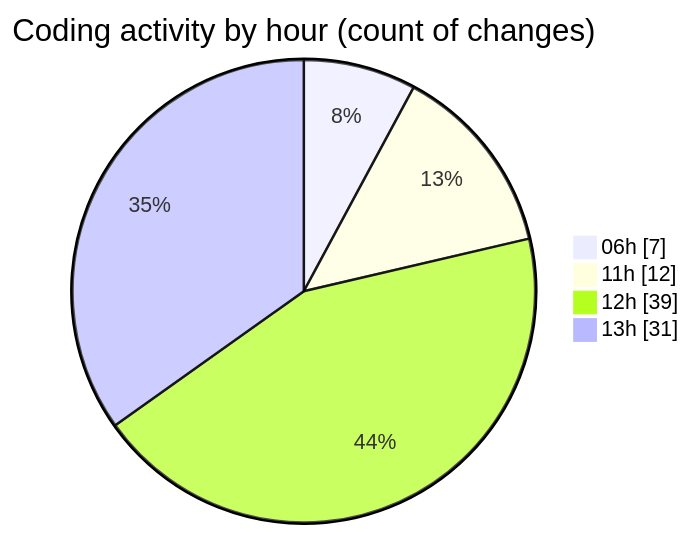
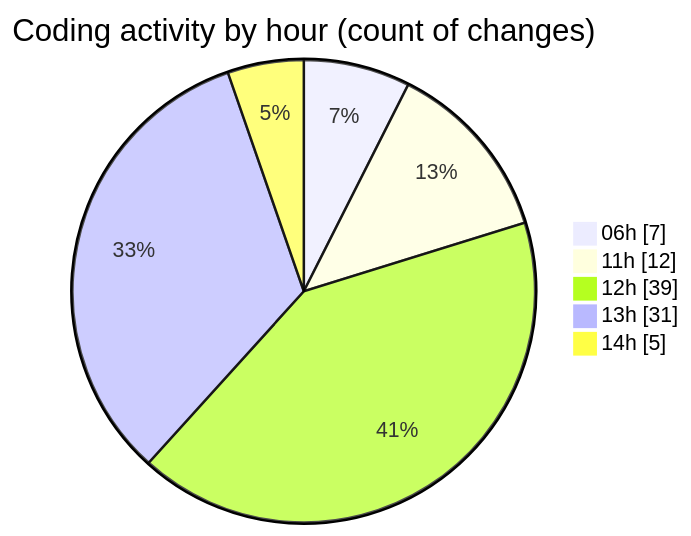
One commit to EIIisD/code-tracking changed the second of 2 diagrams in 2025-07-14/ribbon/README.md. Above: the diagram before and after it, drawn with Mermaid. The commit also changed other lines of this file and 1 other file, not shown here.

````diff
--- a/2025-07-14/ribbon/README.md
+++ b/2025-07-14/ribbon/README.md
@@ -59,8 +60,9 @@
 ```mermaid
 pie showData
 title Coding activity by hour (count of changes)
 "06h" : 7
 "11h" : 12
 "12h" : 39
 "13h" : 31
+"14h" : 5
 ```
````
